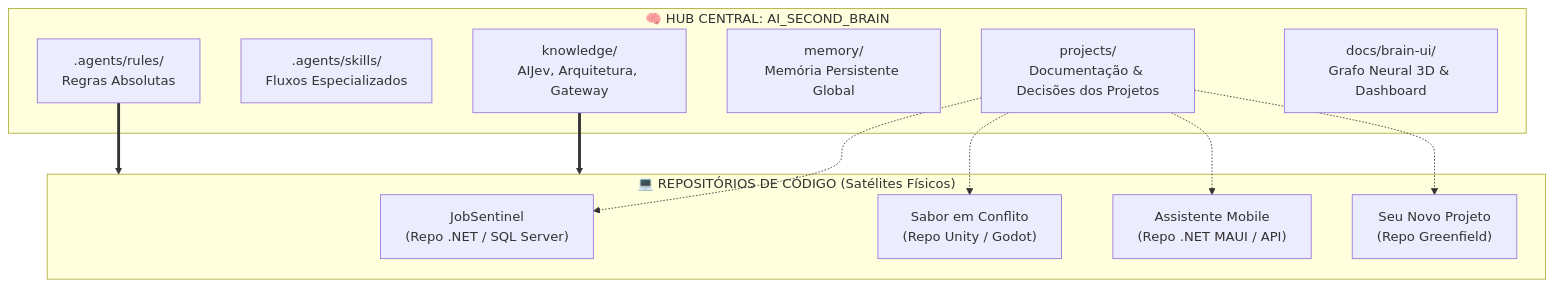
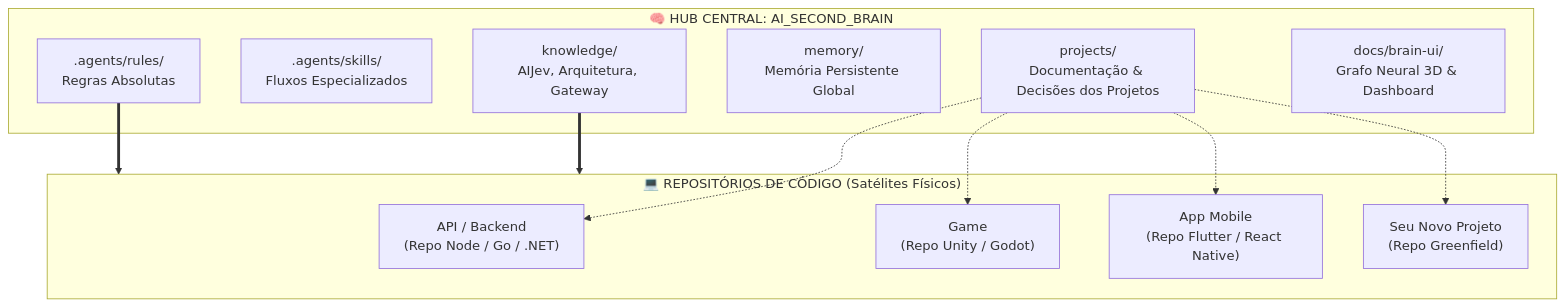
The first of 4 diagrams in docs/COMO_UTILIZAR_O_PROJETO.md (alfredorcamara/ai-second-brain), drawn with Mermaid before and after one commit. The commit also changed other lines of this file and 30 other files, not shown here.

````diff
--- a/docs/COMO_UTILIZAR_O_PROJETO.md
+++ b/docs/COMO_UTILIZAR_O_PROJETO.md
@@ -25,25 +25,25 @@
 ```mermaid
 graph TD
     subgraph AI_SECOND_BRAIN ["🧠 HUB CENTRAL: AI_SECOND_BRAIN"]
         Rules[".agents/rules/<br/>Regras Absolutas"]
         Skills[".agents/skills/<br/>Fluxos Especializados"]
         Knowledge["knowledge/<br/>AIJev, Arquitetura, Gateway"]
         Memory["memory/<br/>Memória Persistente Global"]
         ProjectsMeta["projects/<br/>Documentação & Decisões dos Projetos"]
         Visualizer["docs/brain-ui/<br/>Grafo Neural 3D & Dashboard"]
     end
 
     subgraph Repos ["💻 REPOSITÓRIOS DE CÓDIGO (Satélites Físicos)"]
-        Proj1["JobSentinel<br/>(Repo .NET / SQL Server)"]
-        Proj2["Sabor em Conflito<br/>(Repo Unity / Godot)"]
-        Proj3["Assistente Mobile<br/>(Repo .NET MAUI / API)"]
+        Proj1["API / Backend<br/>(Repo Node / Go / .NET)"]
+        Proj2["Game<br/>(Repo Unity / Godot)"]
+        Proj3["App Mobile<br/>(Repo Flutter / React Native)"]
         ProjNew["Seu Novo Projeto<br/>(Repo Greenfield)"]
     end
 
     ProjectsMeta -.-> Proj1
     ProjectsMeta -.-> Proj2
     ProjectsMeta -.-> Proj3
     ProjectsMeta -.-> ProjNew
     Rules ==> Repos
     Knowledge ==> Repos
 ```
````
